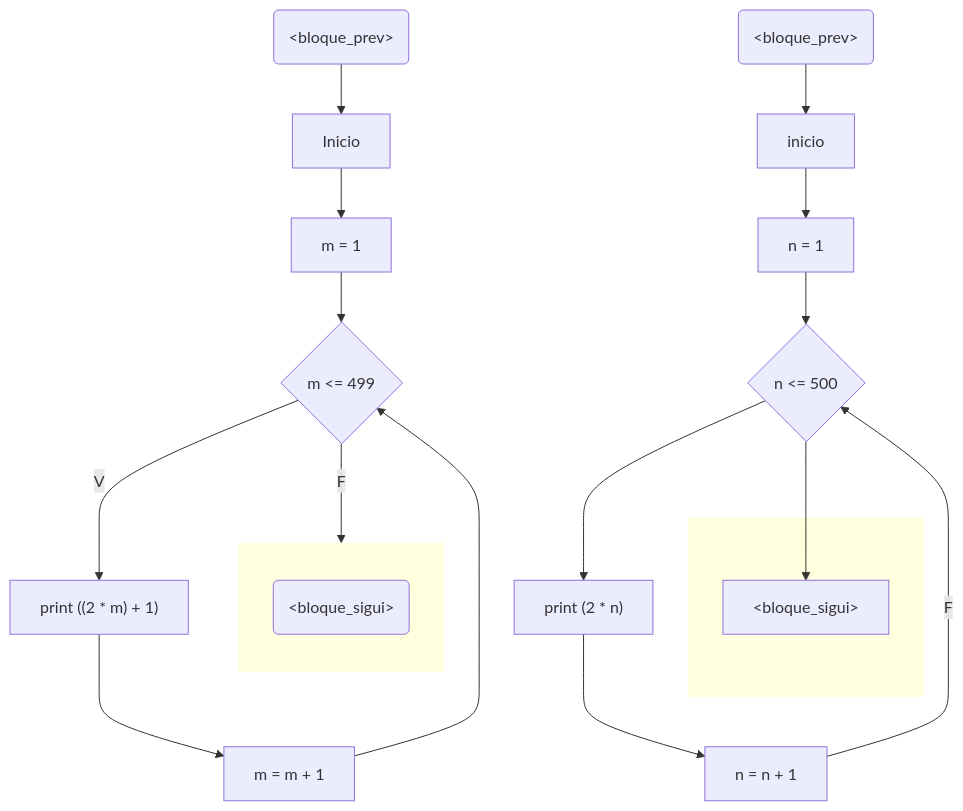
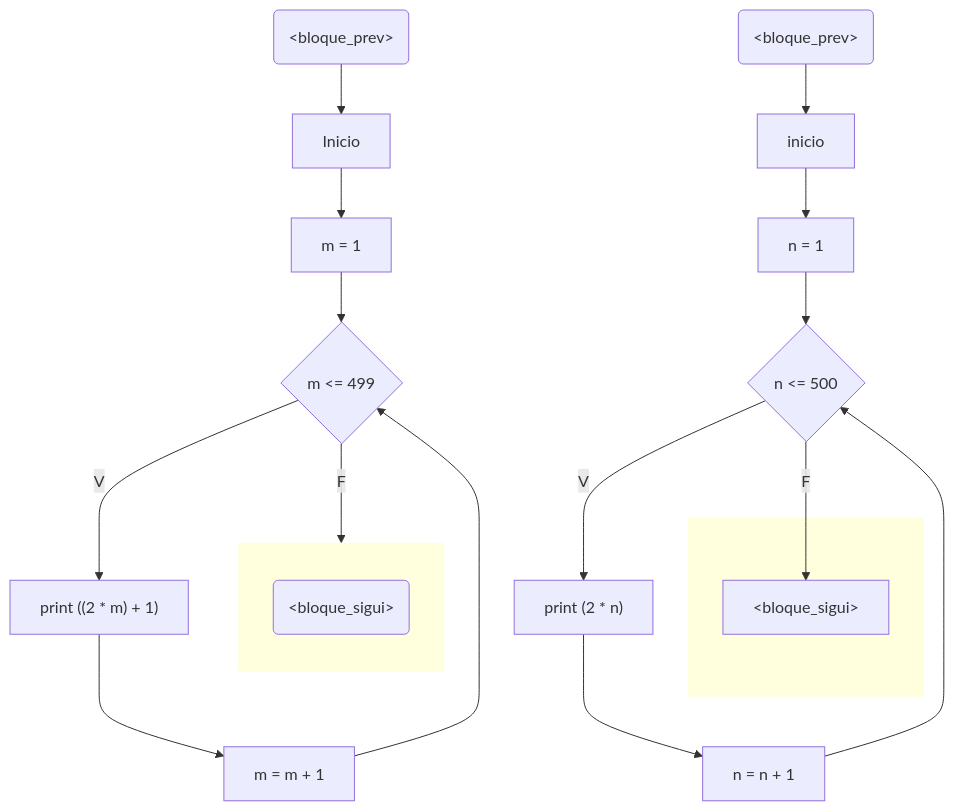
One commit to alejomg910/reto6_Nicolas_Alejandro_Monroy_Gomez changed the second of 3 diagrams in README.md. Above: the diagram before and after it, drawn with Mermaid. The commit also changed other lines of this file, not shown here.

````diff
--- a/README.md
+++ b/README.md
@@ -29,35 +29,37 @@
 ```mermaid
 ---
 config:
   layout: fixed
 ---
 flowchart TD
  subgraph extra_block[" "]
     direction TB
         n9["&lt;bloque_sigui&gt;"]
   end
  subgraph s1[" "]
         n17["&lt;bloque_sigui&gt;"]
   end
     n1["Inicio"] --> n2["m = 1"]
     n2 --> n3["m &lt;= 499"]
     n3 -- V --> n4["print ((2 * m) + 1)"]
     n4 --> n5["m = m + 1"]
     n5 --> n3
     n3 -- F --> n9
     n10["&lt;bloque_prev&gt;"] --> n1
     n11["&lt;bloque_prev&gt;"] --> n12["inicio"]
     n12 --> n13["n = 1"]
     n13 --> n14["n &lt;= 500"]
-    n14 --> n15["print (2 * n)"] & n17
+    n14 -- V --> n15["print (2 * n)"]
     n15 --> n16["n = n + 1"]
-    n16 -- F --> n14
+    n16 --> n14
+    n14 -- F --> n17
     n9@{ shape: rounded}
     n3@{ shape: diam}
     n10@{ shape: rounded}
     n11@{ shape: rounded}
     n14@{ shape: diam}
     style extra_block stroke:none
     style s1 stroke:none
 
+
 ```
````
